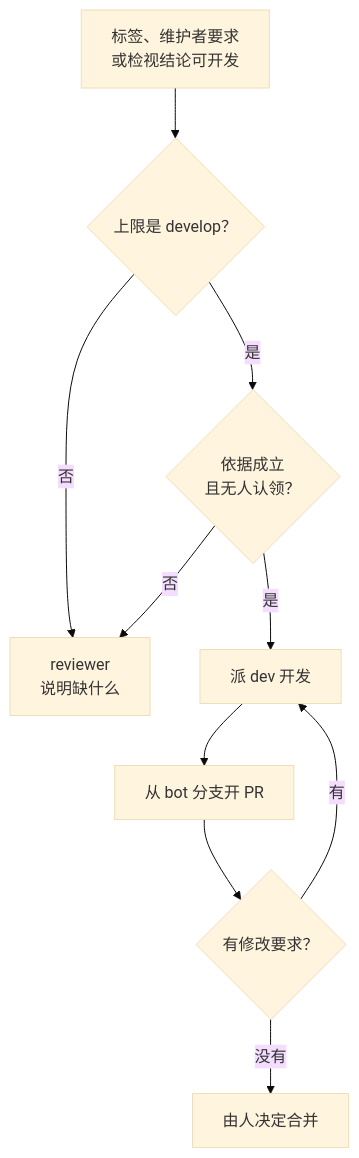
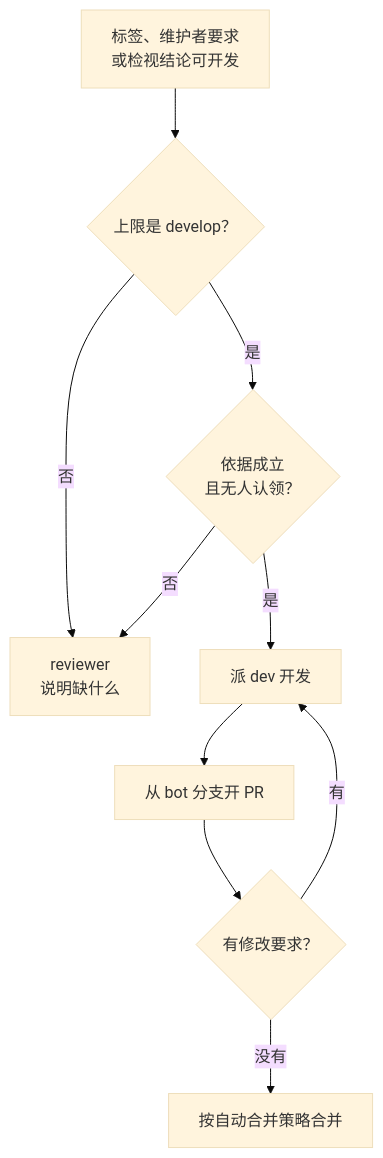
One commit to agent-CI-Infra/bot changed the fourth of 6 diagrams in docs/prompts/manager-dispatch.md. Above: the diagram before and after it, drawn with Mermaid (base theme). The commit also changed other lines of this file and 40 other files, not shown here.

````diff
--- a/docs/prompts/manager-dispatch.md
+++ b/docs/prompts/manager-dispatch.md
@@ -73,12 +74,12 @@
 ```mermaid
 flowchart TD
   trig["标签、维护者要求<br>或检视结论可开发"] --> ceil{"上限是 develop？"}
   ceil -->|否| explain["reviewer<br>说明缺什么"]
   ceil -->|是| basis{"依据成立<br>且无人认领？"}
   basis -->|否| explain
   basis -->|是| dev["派 dev 开发"]
   dev --> pr["从 bot 分支开 PR"]
   pr --> talk{"有修改要求？"}
   talk -->|有| dev
-  talk -->|没有| merge["由人决定合并"]
+  talk -->|没有| merge["按自动合并策略合并"]
 ```
````
